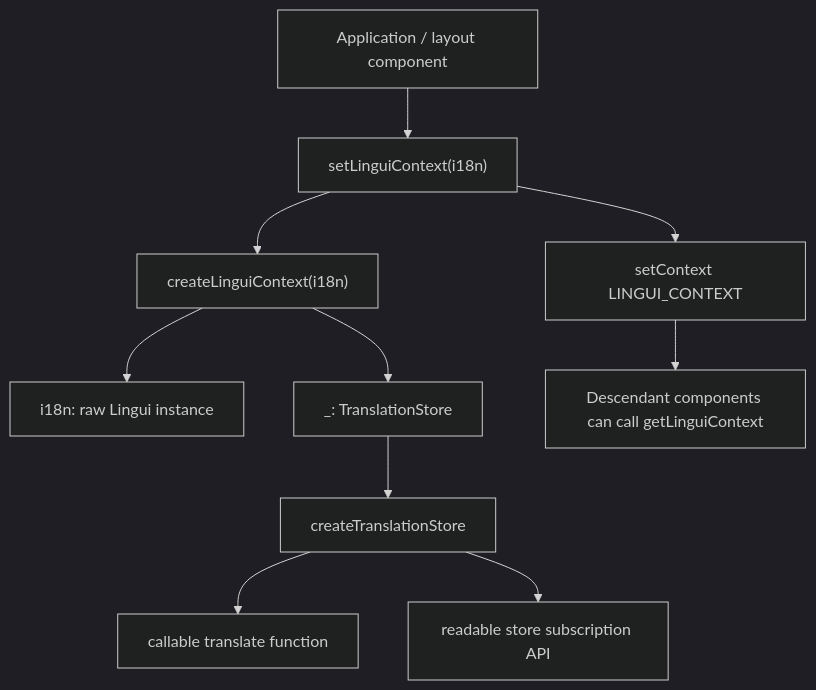
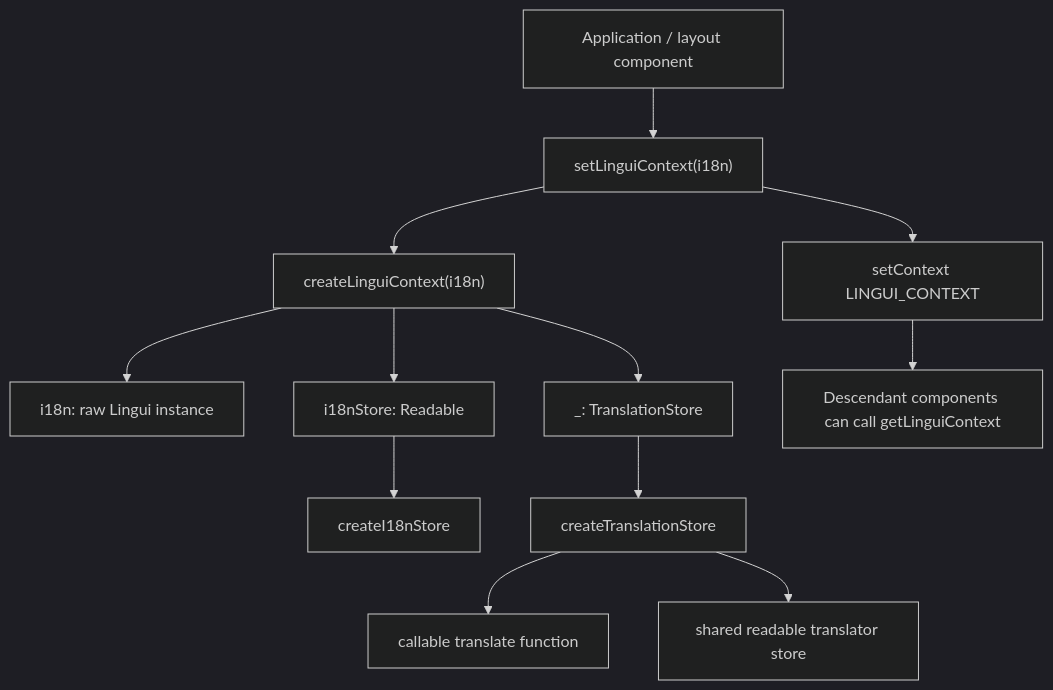
Before and after one commit to SegaraRai/lingui-for: the first of 6 diagrams in packages/lingui-for-svelte/REACTIVITY.md, drawn with Mermaid (dark theme). The commit also changed other lines of this file and 4 other files, not shown here.

````diff
--- a/packages/lingui-for-svelte/REACTIVITY.md
+++ b/packages/lingui-for-svelte/REACTIVITY.md
@@ -24,12 +26,14 @@
 ```mermaid
 flowchart TD
     A[Application / layout component] --> B["setLinguiContext(i18n)"]
     B --> C["createLinguiContext(i18n)"]
     C --> D[i18n: raw Lingui instance]
-    C --> E[_: TranslationStore]
-    E --> F[createTranslationStore]
-    F --> G[callable translate function]
-    F --> H[readable store subscription API]
-    B --> I[setContext LINGUI_CONTEXT]
-    I --> J[Descendant components can call getLinguiContext]
+    C --> E["i18nStore: Readable<I18n>"]
+    E --> F[createI18nStore]
+    C --> G[_: TranslationStore]
+    G --> H[createTranslationStore]
+    H --> I[callable translate function]
+    H --> J[shared readable translator store]
+    B --> K[setContext LINGUI_CONTEXT]
+    K --> L[Descendant components can call getLinguiContext]
 ```
````
